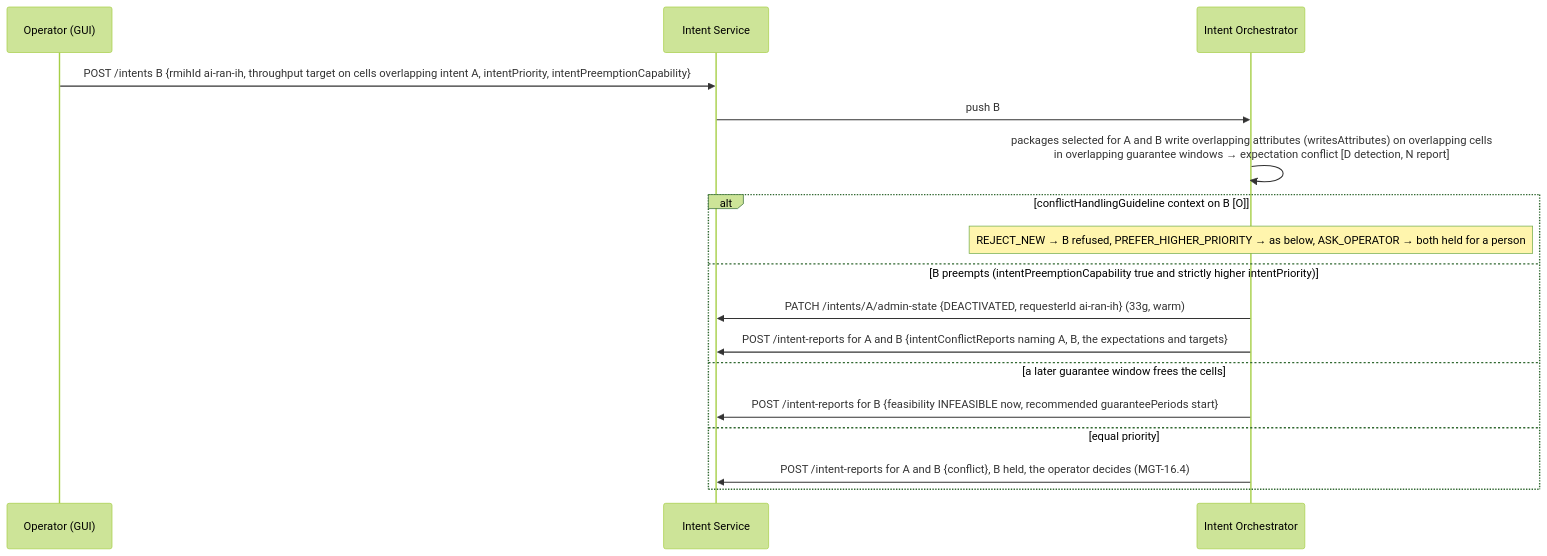
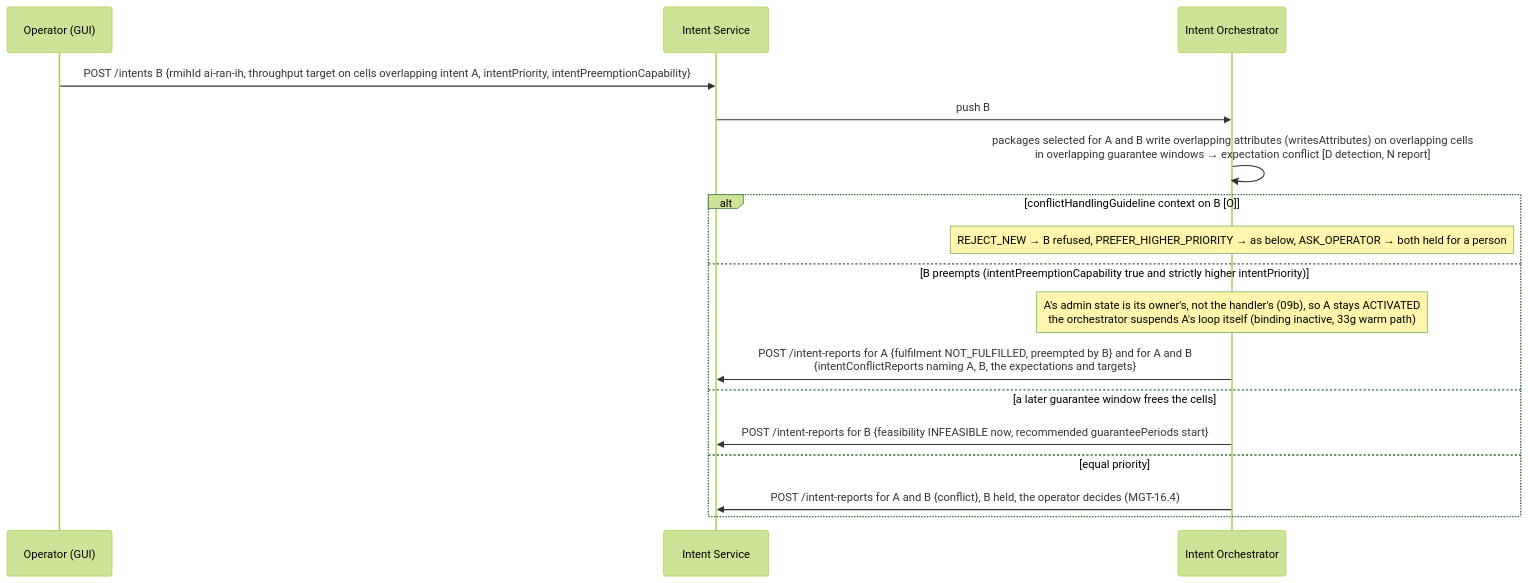
One commit to rsys-bshankar/ai-ran-smo changed the sixth of 7 diagrams in smo/docs/call-flows/33-intent-driven-ai-ran-tier-1.md. Above: the diagram before and after it, drawn with Mermaid (forest theme). The commit also changed other lines of this file and 4 other files, not shown here.

First line of the commit message:
Docs: ADR 0007 and call flow 33 — admin-state and delete reach the handler; preemption keeps the owner's admin state

````diff
--- a/smo/docs/call-flows/33-intent-driven-ai-ran-tier-1.md
+++ b/smo/docs/call-flows/33-intent-driven-ai-ran-tier-1.md
@@ -233,20 +233,20 @@
 ```mermaid
 sequenceDiagram
     participant OP as Operator (GUI)
     participant IS as Intent Service
     participant IO as Intent Orchestrator
 
     OP->>IS: POST /intents B {rmihId ai-ran-ih, throughput target on cells overlapping intent A, intentPriority, intentPreemptionCapability}
     IS->>IO: push B
     IO->>IO: packages selected for A and B write overlapping attributes (writesAttributes) on overlapping cells<br/>in overlapping guarantee windows → expectation conflict [D detection, N report]
     alt conflictHandlingGuideline context on B [O]
         Note over IO: REJECT_NEW → B refused, PREFER_HIGHER_PRIORITY → as below, ASK_OPERATOR → both held for a person
     else B preempts (intentPreemptionCapability true and strictly higher intentPriority)
-        IO->>IS: PATCH /intents/A/admin-state {DEACTIVATED, requesterId ai-ran-ih} (33g, warm)
-        IO->>IS: POST /intent-reports for A and B {intentConflictReports naming A, B, the expectations and targets}
+        Note over IO: A's admin state is its owner's, not the handler's (09b), so A stays ACTIVATED<br/>the orchestrator suspends A's loop itself (binding inactive, 33g warm path)
+        IO->>IS: POST /intent-reports for A {fulfilment NOT_FULFILLED, preempted by B} and for A and B<br/>{intentConflictReports naming A, B, the expectations and targets}
     else a later guarantee window frees the cells
         IO->>IS: POST /intent-reports for B {feasibility INFEASIBLE now, recommended guaranteePeriods start}
     else equal priority
         IO->>IS: POST /intent-reports for A and B {conflict}, B held, the operator decides (MGT-16.4)
     end
 ```
````
